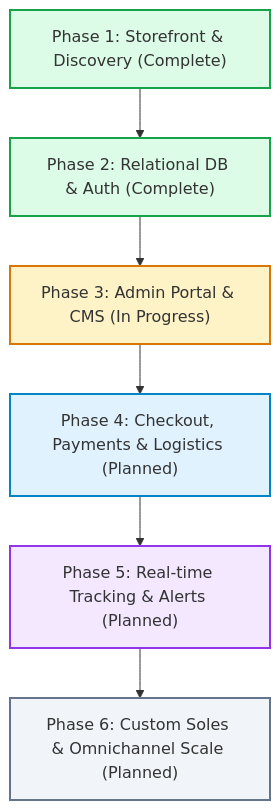
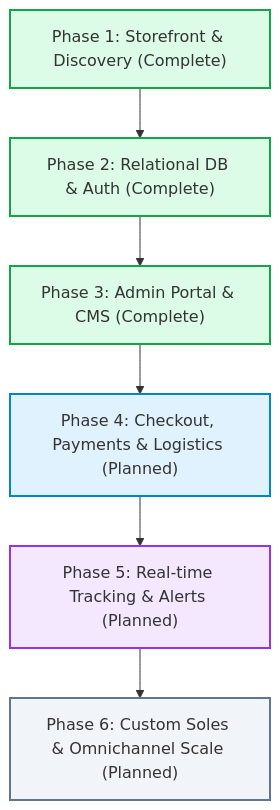
The diagram in ROADMAP.md (Daksh1685/Desi-Kicks), drawn with Mermaid before and after one commit. The commit also changed other lines of this file and 10 other files, not shown here.

Commit message:
feat: complete phase 3 with admin coupons, returns queue, and maintenance mode

````diff
--- a/ROADMAP.md
+++ b/ROADMAP.md
@@ -31,15 +31,15 @@
 ```mermaid
 flowchart TD
     P1["Phase 1: Storefront & Discovery (Complete)"] --> P2["Phase 2: Relational DB & Auth (Complete)"]
-    P2 --> P3["Phase 3: Admin Portal & CMS (In Progress)"]
+    P2 --> P3["Phase 3: Admin Portal & CMS (Complete)"]
     P3 --> P4["Phase 4: Checkout, Payments & Logistics (Planned)"]
     P4 --> P5["Phase 5: Real-time Tracking & Alerts (Planned)"]
     P5 --> P6["Phase 6: Custom Soles & Omnichannel Scale (Planned)"]
 
     style P1 fill:#dcfce7,stroke:#16a34a,stroke-width:2px;
     style P2 fill:#dcfce7,stroke:#16a34a,stroke-width:2px;
-    style P3 fill:#fef3c7,stroke:#d97706,stroke-width:2px;
+    style P3 fill:#dcfce7,stroke:#16a34a,stroke-width:2px;
     style P4 fill:#e0f2fe,stroke:#0284c7,stroke-width:2px;
     style P5 fill:#f3e8ff,stroke:#9333ea,stroke-width:2px;
     style P6 fill:#f1f5f9,stroke:#64748b,stroke-width:2px;
 ```
````
